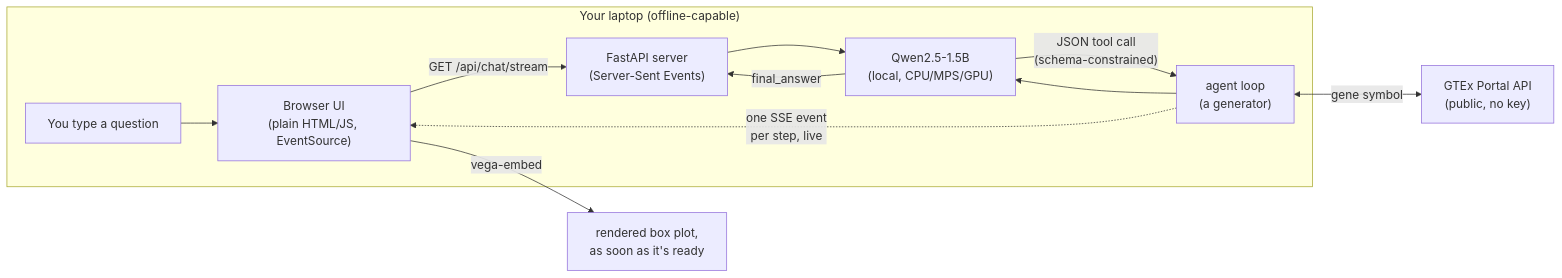
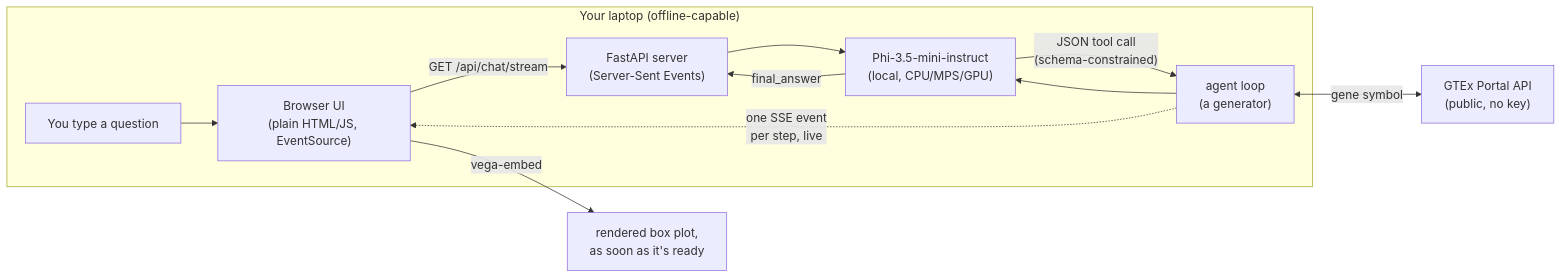
Before and after one commit to ccb-hms/local-inference-example: the first of 2 diagrams in README.md, drawn with Mermaid. The commit also changed other lines of this file and 9 other files, not shown here.

First line of the commit message:
Switch the local model from Qwen2.5 to Phi-3.5-mini-instruct (#13)

````diff
--- a/README.md
+++ b/README.md
@@ -53,14 +53,14 @@
 ```mermaid
 flowchart LR
     subgraph laptop["Your laptop (offline-capable)"]
         You["You type a question"] --> UI["Browser UI\n(plain HTML/JS, EventSource)"]
         UI -- "GET /api/chat/stream" --> Server["FastAPI server\n(Server-Sent Events)"]
-        Server --> LLM["Qwen2.5-1.5B\n(local, CPU/MPS/GPU)"]
+        Server --> LLM["Phi-3.5-mini-instruct\n(local, CPU/MPS/GPU)"]
         LLM -- "JSON tool call\n(schema-constrained)" --> Loop["agent loop\n(a generator)"]
         Loop --> LLM
         LLM -- "final_answer" --> Server
         Loop -. "one SSE event\nper step, live" .-> UI
     end
     Loop <-- "gene symbol" --> GTEx["GTEx Portal API\n(public, no key)"]
     UI -- "vega-embed" --> Chart["rendered box plot,\nas soon as it's ready"]
 ```
````
